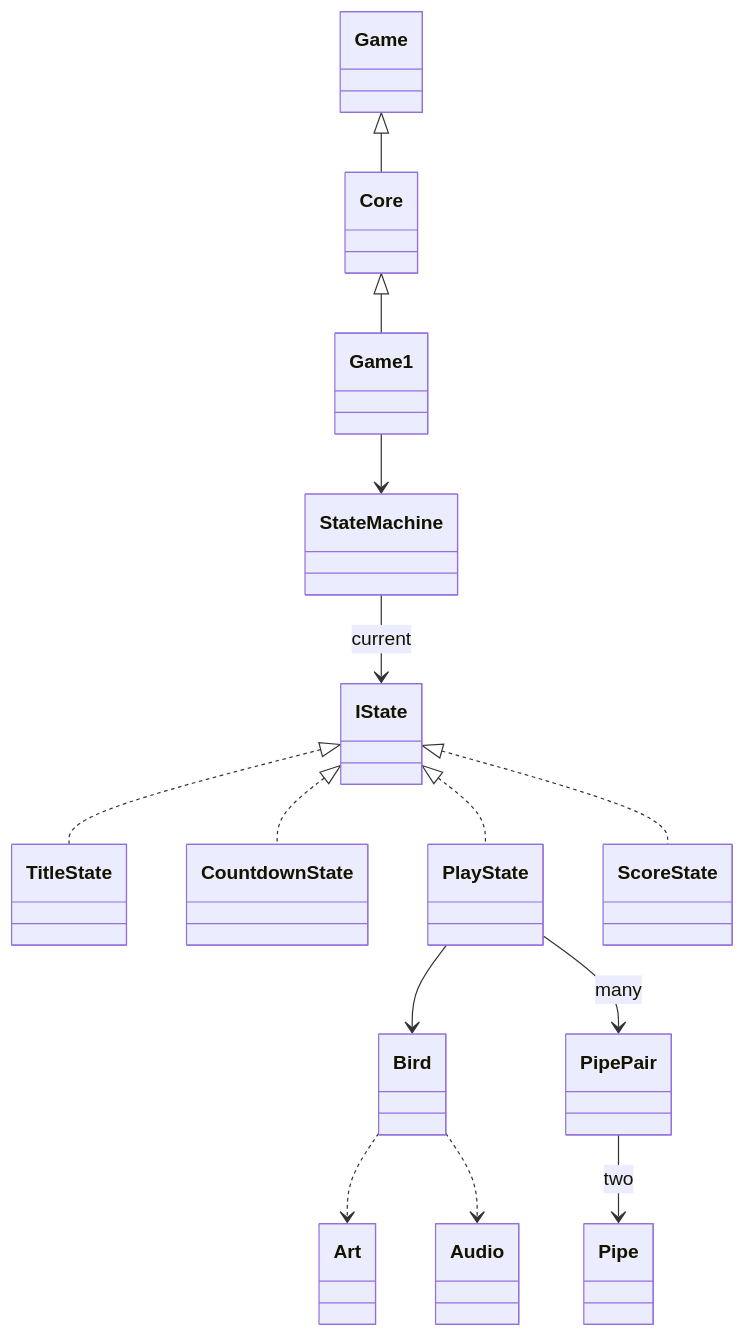
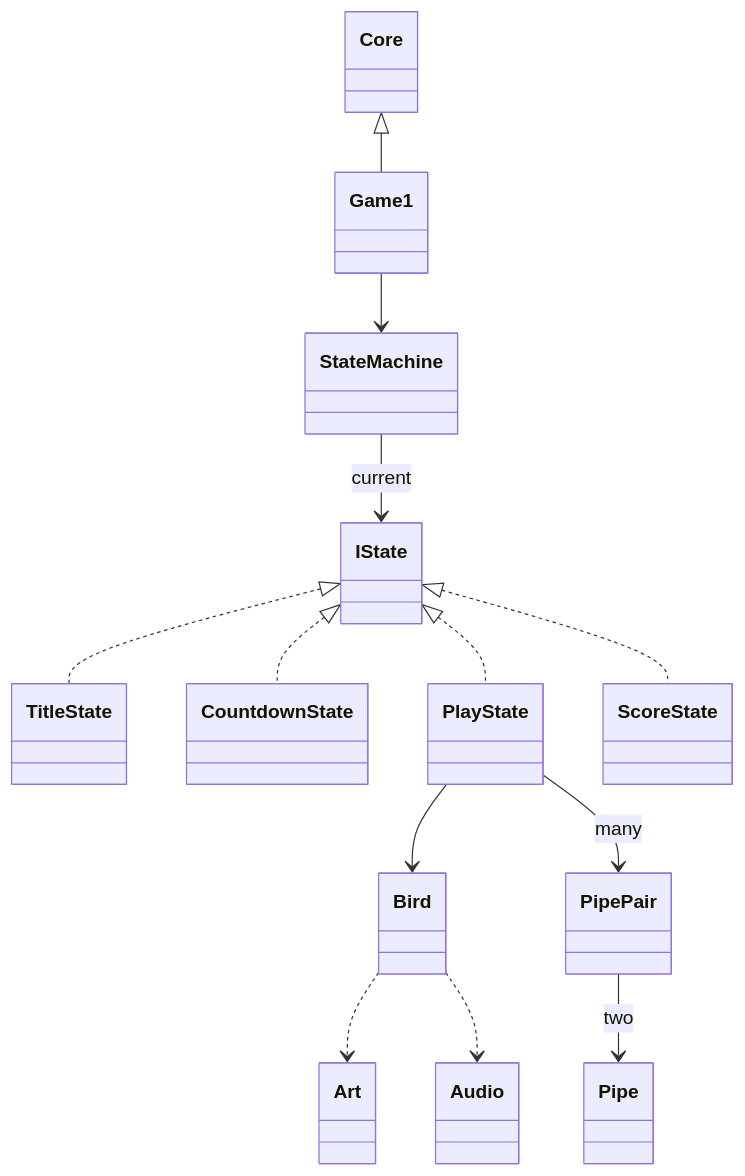
One commit to Metamate/gar changed the third of 3 diagrams in src/content/docs/sessions/02-flappy-bird.md. Above: the diagram before and after it, drawn with Mermaid. The commit also changed 20 other files, not shown here.

First line of the commit message:
The Whole Game on pages and decks: one form for every diagram, and closing slides in every deck

````diff
--- a/src/content/docs/sessions/02-flappy-bird.md
+++ b/src/content/docs/sessions/02-flappy-bird.md
@@ -295,16 +295,15 @@
 ```mermaid
 classDiagram
-    Game <|-- Core
     Core <|-- Game1
     Game1 --> StateMachine
     StateMachine --> IState : current
     IState <|.. TitleState
     IState <|.. CountdownState
     IState <|.. PlayState
     IState <|.. ScoreState
     PlayState --> Bird
     PlayState --> PipePair : many
     PipePair --> Pipe : two
     Bird ..> Art
     Bird ..> Audio
 ```
````
